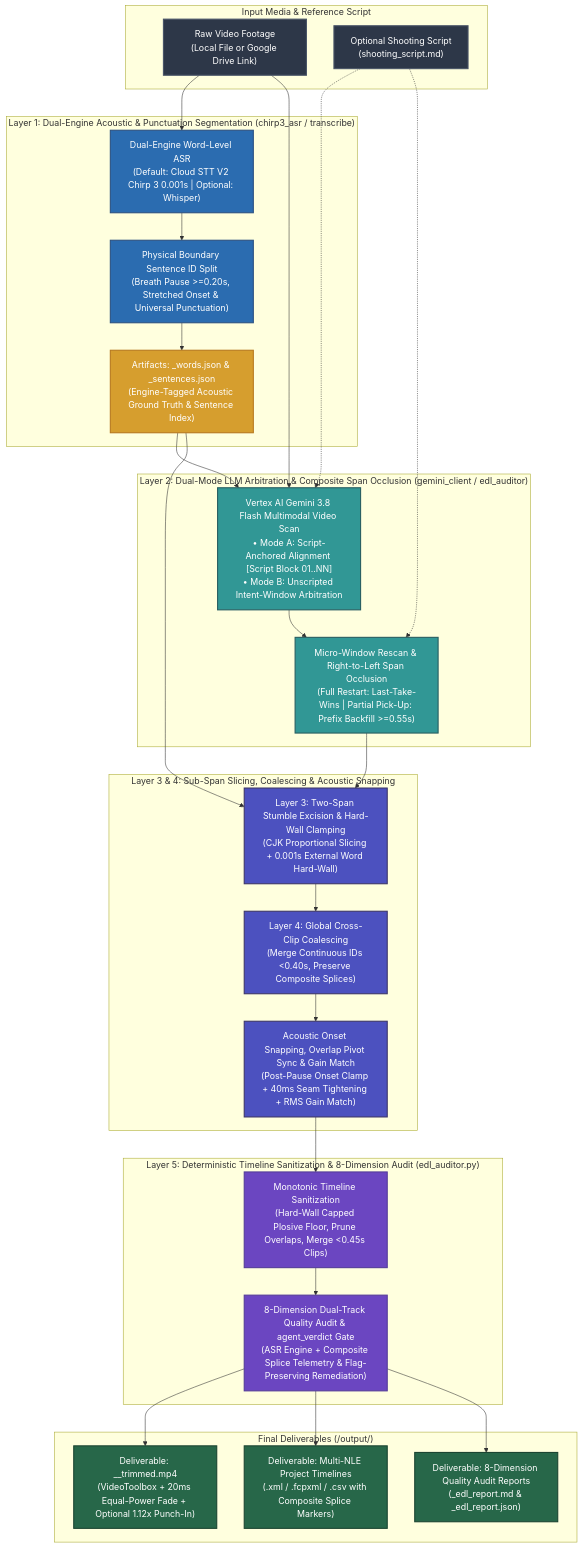
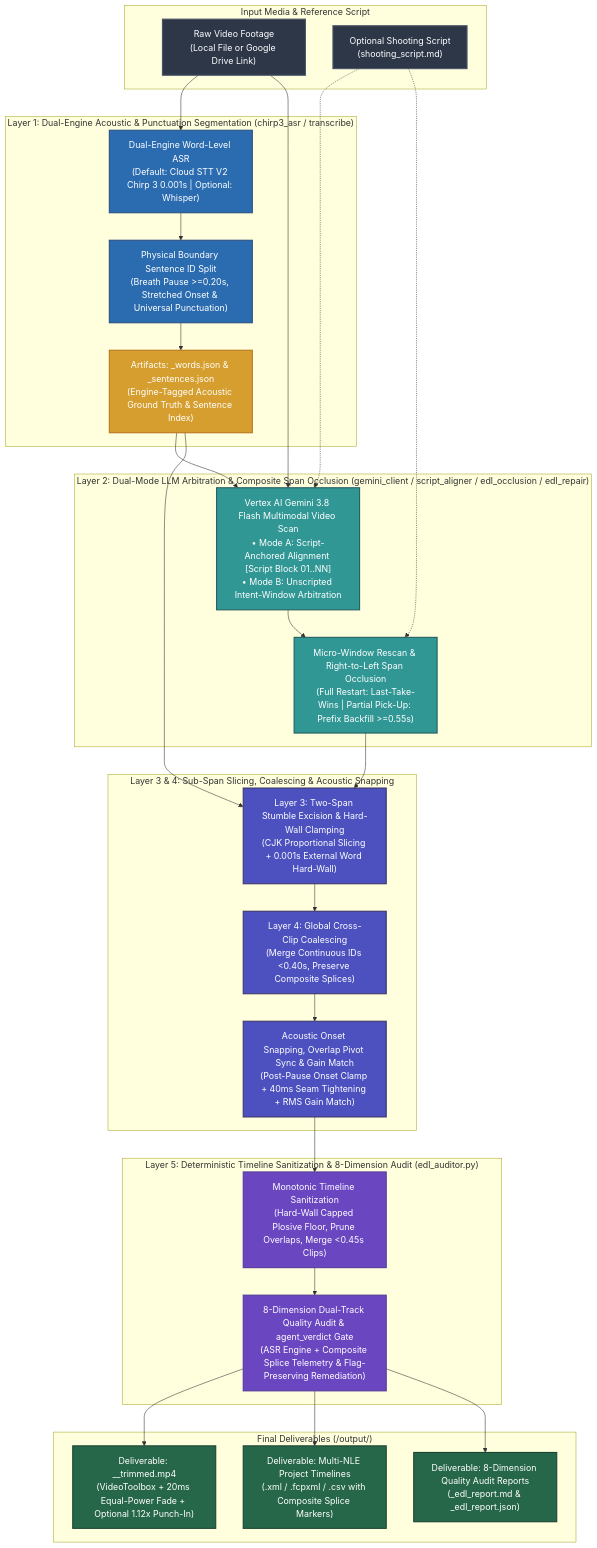
Before and after one commit to sylphlin/video-trimmer: the diagram in README.md, drawn with Mermaid. The commit also changed other lines of this file and 15 other files, not shown here.

Commit message:
refactor: split edl_auditor into script_aligner, edl_occlusion, edl_repair, and edl_auditor

````diff
--- a/README.md
+++ b/README.md
@@ -20,59 +20,59 @@
 ```mermaid
 flowchart TD
     classDef inputStyle fill:#2D3748,stroke:#4A5568,stroke-width:2px,color:#fff;
     classDef stage1Style fill:#2B6CB0,stroke:#2C5282,stroke-width:2px,color:#fff;
     classDef stage2Style fill:#319795,stroke:#285E61,stroke-width:2px,color:#fff;
     classDef stage3Style fill:#4C51BF,stroke:#3C366B,stroke-width:2px,color:#fff;
     classDef stage4Style fill:#6B46C1,stroke:#553C9A,stroke-width:2px,color:#fff;
     classDef artifactStyle fill:#D69E2E,stroke:#B7791F,stroke-width:2px,color:#fff;
     classDef outputStyle fill:#276749,stroke:#1C4532,stroke-width:2px,color:#fff;
 
     subgraph Inputs["Input Media & Reference Script"]
         IN["Raw Video Footage<br/>(Local File or Google Drive Link)"]:::inputStyle
         SC["Optional Shooting Script<br/>(shooting_script.md)"]:::inputStyle
     end
 
     subgraph L1["Layer 1: Dual-Engine Acoustic & Punctuation Segmentation (chirp3_asr / transcribe)"]
         W_ASR["Dual-Engine Word-Level ASR<br/>(Default: Cloud STT V2 Chirp 3 0.001s | Optional: Whisper)"]:::stage1Style
         S_SEG["Physical Boundary Sentence ID Split<br/>(Breath Pause >=0.20s, Stretched Onset & Universal Punctuation)"]:::stage1Style
         W_JSON["Artifacts: <basename>_words.json & _sentences.json<br/>(Engine-Tagged Acoustic Ground Truth & Sentence Index)"]:::artifactStyle
         W_ASR --> S_SEG --> W_JSON
     end
 
-    subgraph L2["Layer 2: Dual-Mode LLM Arbitration & Composite Span Occlusion (gemini_client / edl_auditor)"]
+    subgraph L2["Layer 2: Dual-Mode LLM Arbitration & Composite Span Occlusion (gemini_client / script_aligner / edl_occlusion / edl_repair)"]
         MODE["Vertex AI Gemini 3.8 Flash Multimodal Video Scan<br/>• Mode A: Script-Anchored Alignment [Script Block 01..NN]<br/>• Mode B: Unscripted Intent-Window Arbitration"]:::stage2Style
         REPAIR["Micro-Window Rescan & Right-to-Left Span Occlusion<br/>(Full Restart: Last-Take-Wins | Partial Pick-Up: Prefix Backfill >=0.55s)"]:::stage2Style
         MODE --> REPAIR
     end
 
     subgraph L3_L4["Layer 3 & 4: Sub-Span Slicing, Coalescing & Acoustic Snapping"]
         L3["Layer 3: Two-Span Stumble Excision & Hard-Wall Clamping<br/>(CJK Proportional Slicing + 0.001s External Word Hard-Wall)"]:::stage3Style
         L4["Layer 4: Global Cross-Clip Coalescing<br/>(Merge Continuous IDs <0.40s, Preserve Composite Splices)"]:::stage3Style
         AC["Acoustic Onset Snapping, Overlap Pivot Sync & Gain Match<br/>(Post-Pause Onset Clamp + 40ms Seam Tightening + RMS Gain Match)"]:::stage3Style
         L3 --> L4 --> AC
     end
 
     subgraph L5["Layer 5: Deterministic Timeline Sanitization & 8-Dimension Audit (edl_auditor.py)"]
         SAN["Monotonic Timeline Sanitization<br/>(Hard-Wall Capped Plosive Floor, Prune Overlaps, Merge <0.45s Clips)"]:::stage4Style
         AUD["8-Dimension Dual-Track Quality Audit & agent_verdict Gate<br/>(ASR Engine + Composite Splice Telemetry & Flag-Preserving Remediation)"]:::stage4Style
         SAN --> AUD
     end
 
     subgraph Deliverables["Final Deliverables (<input_dir>/output/)"]
         OUT_MP4["Deliverable: <basename>_<tag>_trimmed.mp4<br/>(VideoToolbox + 20ms Equal-Power Fade + Optional 1.12x Punch-In)"]:::outputStyle
         OUT_NLE["Deliverable: Multi-NLE Project Timelines<br/>(.xml / .fcpxml / .csv with Composite Splice Markers)"]:::outputStyle
         OUT_REP["Deliverable: 8-Dimension Quality Audit Reports<br/>(_edl_report.md & _edl_report.json)"]:::outputStyle
     end
 
     IN --> W_ASR
     IN --> MODE
     SC -.-> MODE
     W_JSON --> MODE
     SC -.-> REPAIR
     REPAIR --> L3
     W_JSON --> L3
     AC --> SAN
     AUD --> OUT_MP4
     AUD --> OUT_NLE
     AUD --> OUT_REP
 ```
````
